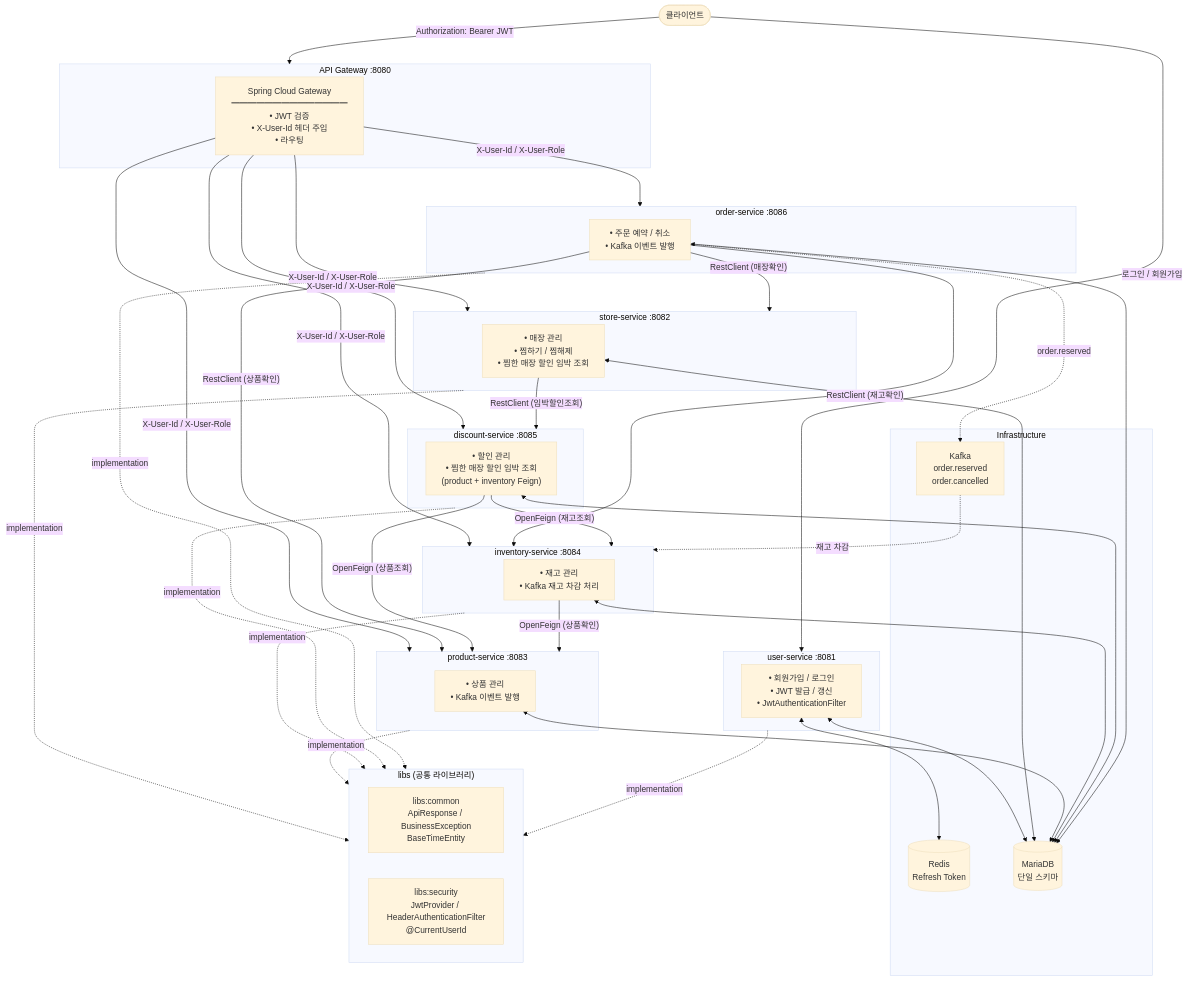
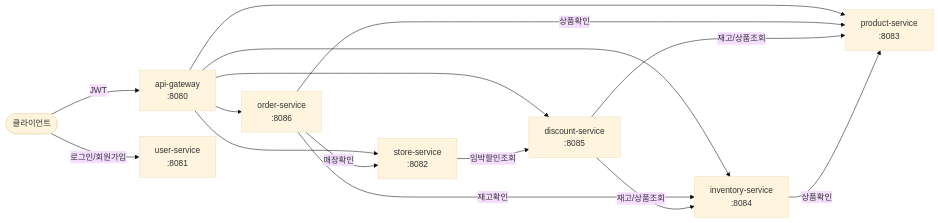
Before and after one commit to wlguss/BARI_backend: the first of 2 diagrams in README.md, drawn with Mermaid (base theme). The commit also changed other lines of this file, not shown here.

Commit message:
docs: README.md 내용 업데이트

````diff
--- a/README.md
+++ b/README.md
@@ -657,82 +659,23 @@
 ```mermaid
-flowchart TB
+flowchart LR
     Client(["클라이언트"])
+    GW["api-gateway\n:8080"]
+    US["user-service\n:8081"]
+    SS["store-service\n:8082"]
+    PS["product-service\n:8083"]
+    IS["inventory-service\n:8084"]
+    DS["discount-service\n:8085"]
+    OS["order-service\n:8086"]
 
-    subgraph Gateway["API Gateway :8080"]
-        GW["Spring Cloud Gateway\n━━━━━━━━━━━━━━\n• JWT 검증\n• X-User-Id 헤더 주입\n• 라우팅"]
-    end
+    Client -->|"JWT"| GW
+    Client -->|"로그인/회원가입"| US
+    GW --> SS & PS & IS & DS & OS
 
-    subgraph UserSvc["user-service :8081"]
-        US["• 회원가입 / 로그인\n• JWT 발급 / 갱신\n• JwtAuthenticationFilter"]
-    end
-
-    subgraph StoreSvc["store-service :8082"]
-        SS["• 매장 관리\n• 찜하기 / 찜해제\n• 찜한 매장 할인 임박 조회"]
-    end
-
-    subgraph ProductSvc["product-service :8083"]
-        PS["• 상품 관리\n• Kafka 이벤트 발행"]
-    end
-
-    subgraph InventorySvc["inventory-service :8084"]
-        IS["• 재고 관리\n• Kafka 재고 차감 처리"]
-    end
-
-    subgraph DiscountSvc["discount-service :8085"]
-        DS["• 할인 관리\n• 찜한 매장 할인 임박 조회\n(product + inventory Feign)"]
-    end
-
-    subgraph OrderSvc["order-service :8086"]
-        OS["• 주문 예약 / 취소\n• Kafka 이벤트 발행"]
-    end
-
-    subgraph Infra["Infrastructure"]
-        Redis[("Redis\nRefresh Token")]
-        DB[("MariaDB\n단일 스키마")]
-        Kafka["Kafka\norder.reserved\norder.cancelled"]
-    end
-
-    subgraph Libs["libs (공통 라이브러리)"]
-        Common["libs:common\nApiResponse / BusinessException\nBaseTimeEntity"]
-        Security["libs:security\nJwtProvider / HeaderAuthenticationFilter\n@CurrentUserId"]
-    end
-
-    %% 외부 요청 흐름
-    Client -->|"Authorization: Bearer JWT"| Gateway
-    GW -->|"X-User-Id / X-User-Role"| StoreSvc
-    GW -->|"X-User-Id / X-User-Role"| ProductSvc
-    GW -->|"X-User-Id / X-User-Role"| InventorySvc
-    GW -->|"X-User-Id / X-User-Role"| DiscountSvc
-    GW -->|"X-User-Id / X-User-Role"| OrderSvc
-    Client -->|"로그인 / 회원가입"| UserSvc
-
-    %% 서비스 간 동기 통신
-    OS -->|"RestClient (재고확인)"| InventorySvc
-    OS -->|"RestClient (상품확인)"| ProductSvc
-    OS -->|"RestClient (매장확인)"| StoreSvc
-    SS -->|"RestClient (임박할인조회)"| DiscountSvc
-    DS -->|"OpenFeign (재고조회)"| InventorySvc
-    DS -->|"OpenFeign (상품조회)"| ProductSvc
-    IS -->|"OpenFeign (상품확인)"| ProductSvc
-
-    %% Kafka 비동기
-    OS -.->|"order.reserved"| Kafka
-    Kafka -.->|"재고 차감"| InventorySvc
-
-    %% 인프라 연결
-    US <--> Redis
-    US <--> DB
-    SS <--> DB
-    PS <--> DB
-    IS <--> DB
-    DS <--> DB
-    OS <--> DB
-
-    %% libs 의존
-    StoreSvc -. "implementation" .-> Libs
-    ProductSvc -. "implementation" .-> Libs
-    InventorySvc -. "implementation" .-> Libs
-    DiscountSvc -. "implementation" .-> Libs
-    OrderSvc -. "implementation" .-> Libs
-    UserSvc -. "implementation" .-> Libs
+    OS -->|"재고확인"| IS
+    OS -->|"상품확인"| PS
+    OS -->|"매장확인"| SS
+    SS -->|"임박할인조회"| DS
+    DS -->|"재고/상품조회"| IS
+    DS -->|"재고/상품조회"| PS
+    IS -->|"상품확인"| PS
 ```
````
